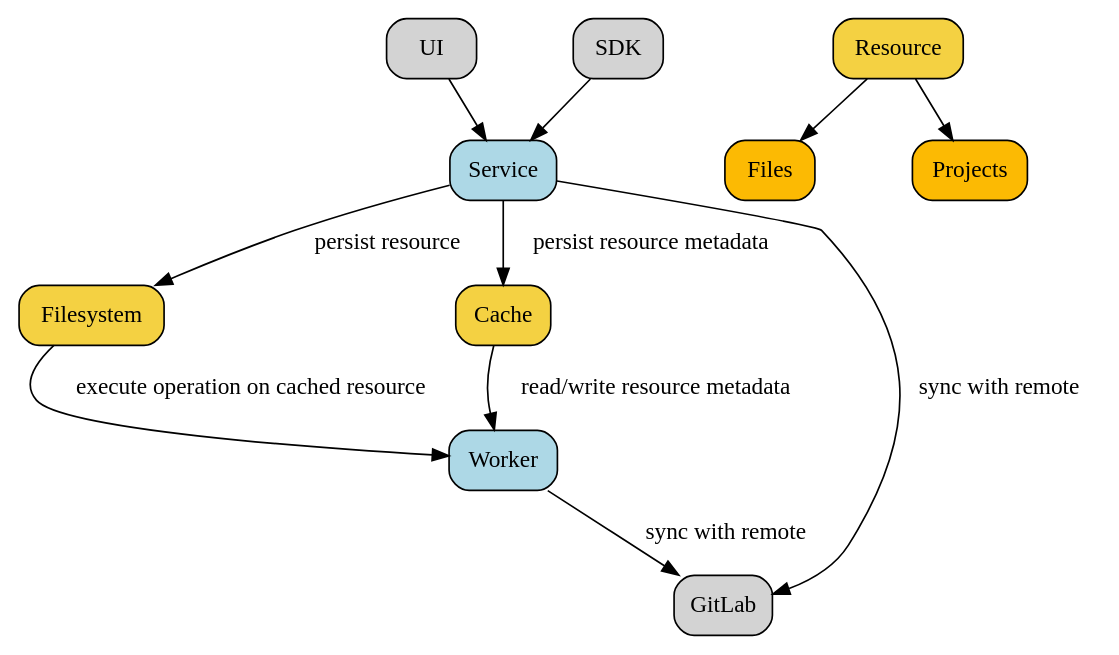
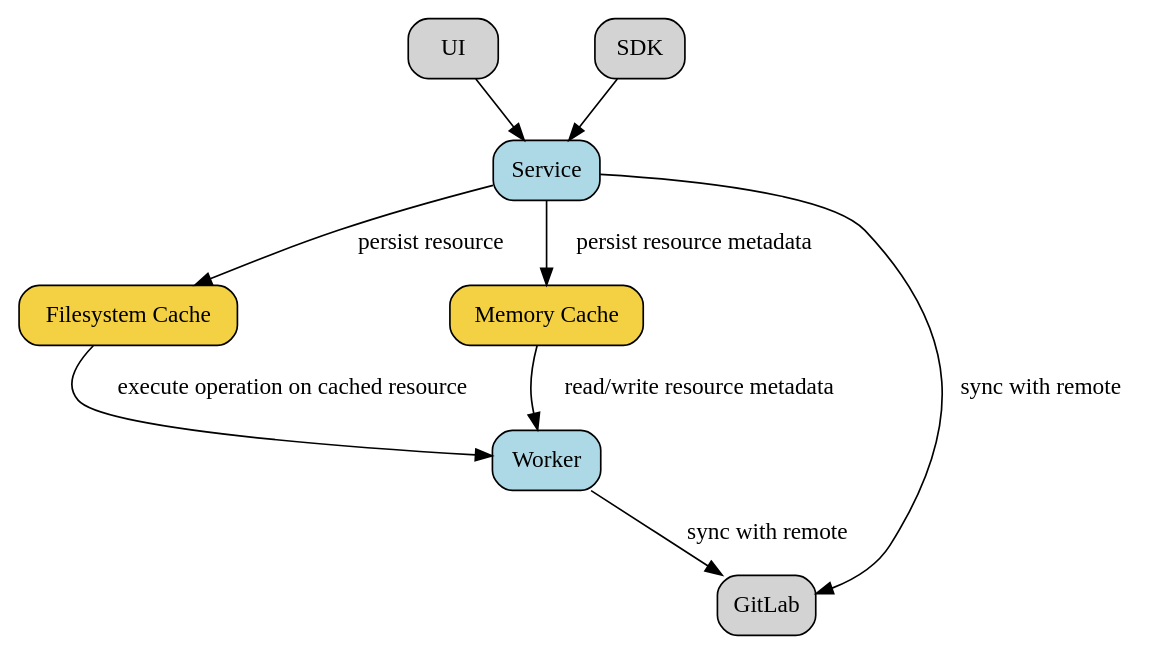
One commit to SwissDataScienceCenter/renku changed the diagram in docs/_static/graphviz/core_service_architecture.dot. Above: the diagram before and after it, drawn with Graphviz. The commit also changed 1 other file, not shown here.

Commit message:
docs: update dot diagram for core service

```diff
--- a/docs/_static/graphviz/core_service_architecture.dot
+++ b/docs/_static/graphviz/core_service_architecture.dot
@@ -1,44 +1,33 @@
 strict digraph architecture {
   compound=true;
   newrank=true;
 
   graph [fontname="Raleway", nodesep="0.8"];
   node [shape="rect", style="filled,rounded", fontname="Raleway"];
   edge [fontname="Raleway"]
 
   Service [fillcolor="lightblue"]
-  Filesystem [fillcolor="#f4d142"]
-  Cache [fillcolor="#f4d142"]
+  "Filesystem Cache" [fillcolor="#f4d142"]
+  "Memory Cache" [fillcolor="#f4d142"]
   GitLab [fillcolor=""]
   Worker [fillcolor="lightblue"]
 
   subgraph service_clients {
     label="Clients"
     UI -> Service
     SDK -> Service
     {rank=same; UI, SDK};
 
   }
 
-  subgraph resource_types {
-      Resource [fillcolor="#f4d142"]
-      Files [fillcolor="#fcba03"]
-      Projects [fillcolor="#fcba03"]
-
-      label="Resource Types"
-      Resource -> Files
-      Resource -> Projects
-      {rank=same; Files, Projects}
-    }
-
-  Service -> Filesystem [label=" persist resource"]
-  Service -> Cache [label=" persist resource metadata"]
+  Service -> "Filesystem Cache" [label=" persist resource"]
+  Service -> "Memory Cache" [label=" persist resource metadata"]
   Service -> GitLab [label=" sync with remote"]
 
-  Filesystem -> Worker [label=" execute operation on cached resource"]
-  Cache -> Worker [label=" read/write resource metadata"]
+  "Filesystem Cache" -> Worker [label=" execute operation on cached resource"]
+  "Memory Cache" -> Worker [label=" read/write resource metadata"]
 
   Worker -> GitLab [label=" sync with remote"]
 
 
 }
```
